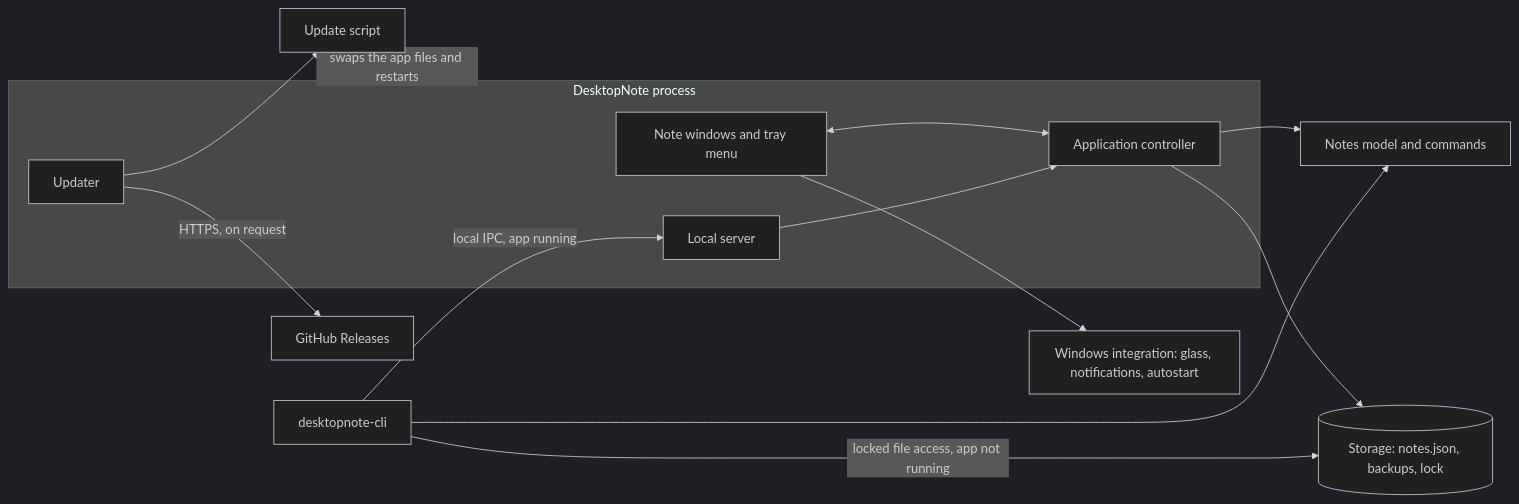
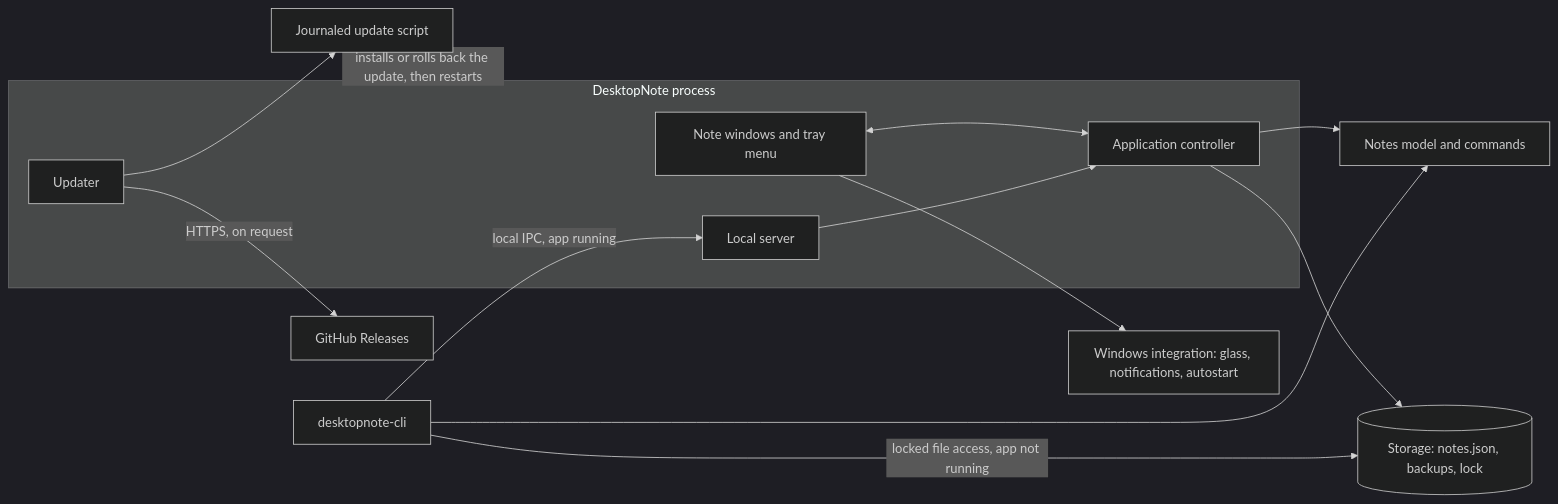
The diagram in README.md (SinGuLaRiTy2001/DesktopNote), drawn with Mermaid (dark theme) before and after one commit. The commit also changed other lines of this file and 1 other file, not shown here.

````diff
--- a/README.md
+++ b/README.md
@@ -61,27 +62,27 @@
 ```mermaid
 flowchart LR
     subgraph GUI["DesktopNote process"]
         UI["Note windows and tray menu"]
         Controller["Application controller"]
         Server["Local server"]
         Updater["Updater"]
     end
     CLI["desktopnote-cli"]
     Commands["Notes model and commands"]
     Storage[("Storage: notes.json, backups, lock")]
     Windows["Windows integration: glass, notifications, autostart"]
     Releases["GitHub Releases"]
-    Script["Update script"]
+    Script["Journaled update script"]
 
     UI <--> Controller
     Controller --> Commands
     Controller --> Storage
     Server --> Controller
     CLI -- "local IPC, app running" --> Server
     CLI -- "locked file access, app not running" --> Storage
     CLI --> Commands
     UI --> Windows
     Updater -- "HTTPS, on request" --> Releases
     Updater --> Script
-    Script -- "swaps the app files and restarts" --> GUI
+    Script -- "installs or rolls back the update, then restarts" --> GUI
 ```
````
